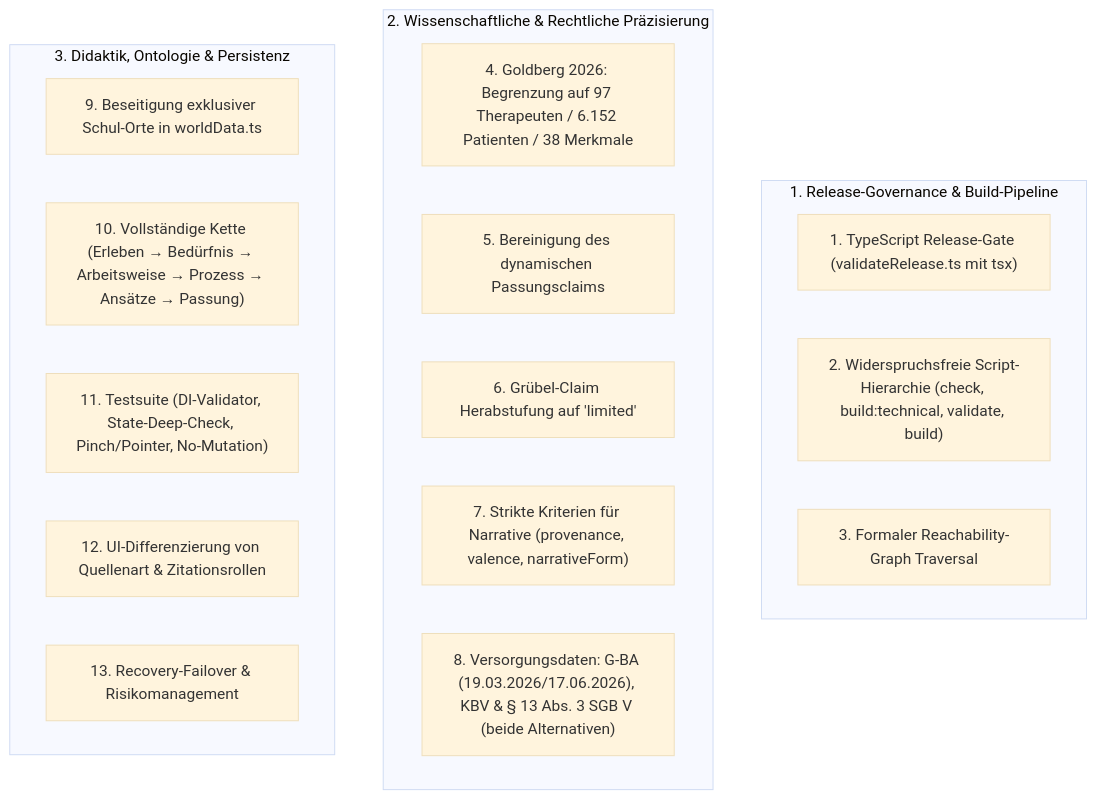
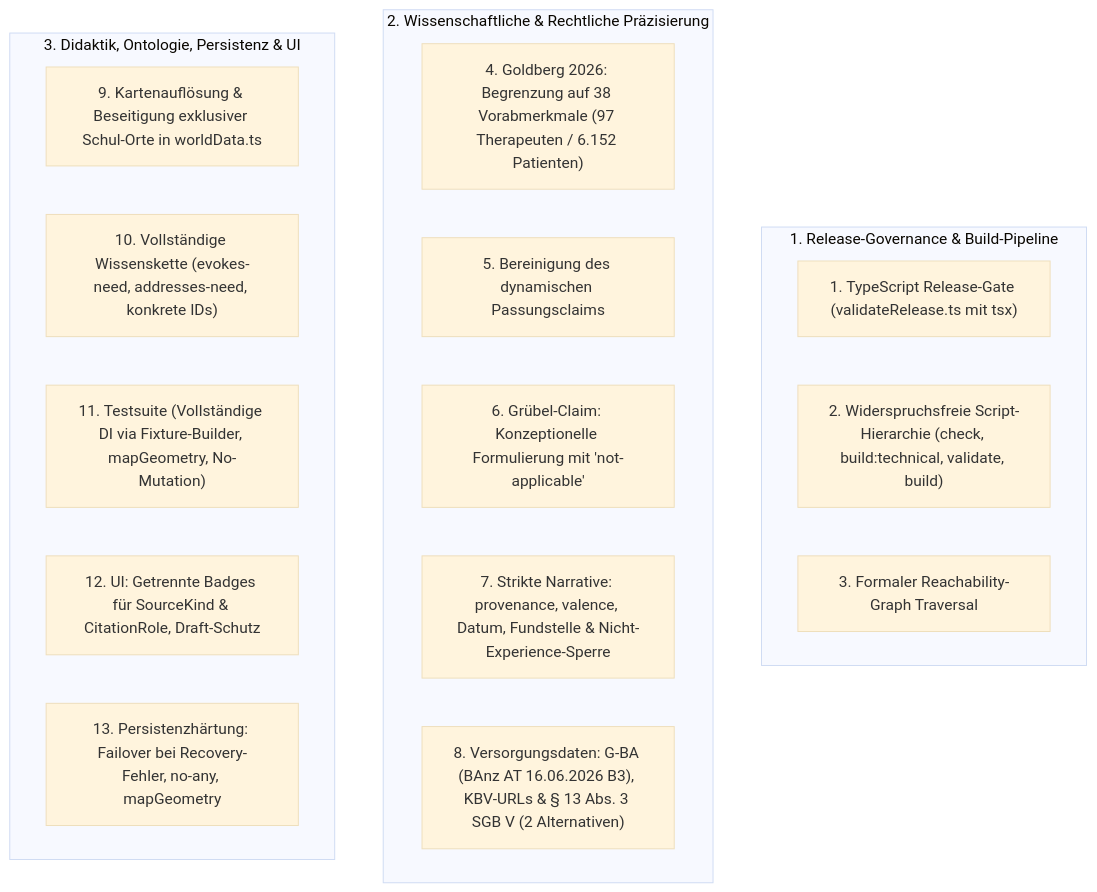
The diagram in docs/CORRECTION_PLAN_V02_AUDIT.md (TimWeyr/landkarte-der-psychotherapie), drawn with Mermaid (base theme) before and after one commit. The commit also changed other lines of this file, not shown here.

````diff
--- a/docs/CORRECTION_PLAN_V02_AUDIT.md
+++ b/docs/CORRECTION_PLAN_V02_AUDIT.md
@@ -13,24 +14,24 @@
 ```mermaid
 graph TD
     subgraph Governance ["1. Release-Governance & Build-Pipeline"]
         K1["1. TypeScript Release-Gate (validateRelease.ts mit tsx)"]
         K2["2. Widerspruchsfreie Script-Hierarchie (check, build:technical, validate, build)"]
         K3["3. Formaler Reachability-Graph Traversal"]
     end
 
     subgraph Epistemics ["2. Wissenschaftliche & Rechtliche Präzisierung"]
-        K4["4. Goldberg 2026: Begrenzung auf 97 Therapeuten / 6.152 Patienten / 38 Merkmale"]
+        K4["4. Goldberg 2026: Begrenzung auf 38 Vorabmerkmale (97 Therapeuten / 6.152 Patienten)"]
         K5["5. Bereinigung des dynamischen Passungsclaims"]
-        K6["6. Grübel-Claim Herabstufung auf 'limited'"]
-        K7["7. Strikte Kriterien für Narrative (provenance, valence, narrativeForm)"]
-        K8["8. Versorgungsdaten: G-BA (19.03.2026/17.06.2026), KBV & § 13 Abs. 3 SGB V (beide Alternativen)"]
+        K6["6. Grübel-Claim: Konzeptionelle Formulierung mit 'not-applicable'"]
+        K7["7. Strikte Narrative: provenance, valence, Datum, Fundstelle & Nicht-Experience-Sperre"]
+        K8["8. Versorgungsdaten: G-BA (BAnz AT 16.06.2026 B3), KBV-URLs & § 13 Abs. 3 SGB V (2 Alternativen)"]
     end
 
-    subgraph Architecture ["3. Didaktik, Ontologie & Persistenz"]
-        K9["9. Beseitigung exklusiver Schul-Orte in worldData.ts"]
-        K10["10. Vollständige Kette (Erleben → Bedürfnis → Arbeitsweise → Prozess → Ansätze → Passung)"]
-        K11["11. Testsuite (DI-Validator, State-Deep-Check, Pinch/Pointer, No-Mutation)"]
-        K12["12. UI-Differenzierung von Quellenart & Zitationsrollen"]
-        K13["13. Recovery-Failover & Risikomanagement"]
+    subgraph Architecture ["3. Didaktik, Ontologie, Persistenz & UI"]
+        K9["9. Kartenauflösung & Beseitigung exklusiver Schul-Orte in worldData.ts"]
+        K10["10. Vollständige Wissenskette (evokes-need, addresses-need, konkrete IDs)"]
+        K11["11. Testsuite (Vollständige DI via Fixture-Builder, mapGeometry, No-Mutation)"]
+        K12["12. UI: Getrennte Badges für SourceKind & CitationRole, Draft-Schutz"]
+        K13["13. Persistenzhärtung: Failover bei Recovery-Fehler, no-any, mapGeometry"]
     end
 ```
````
